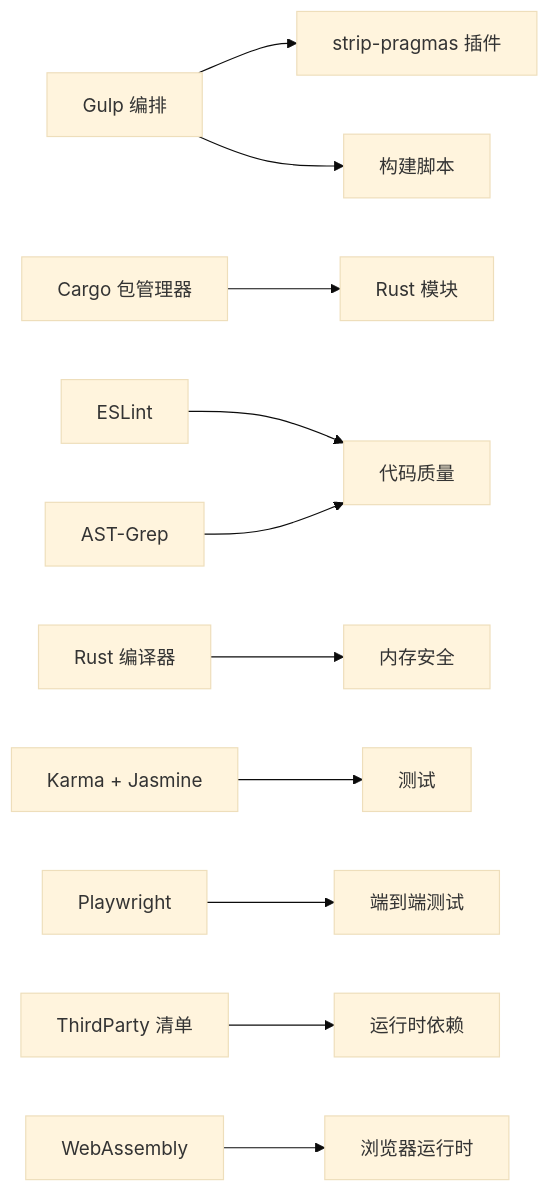
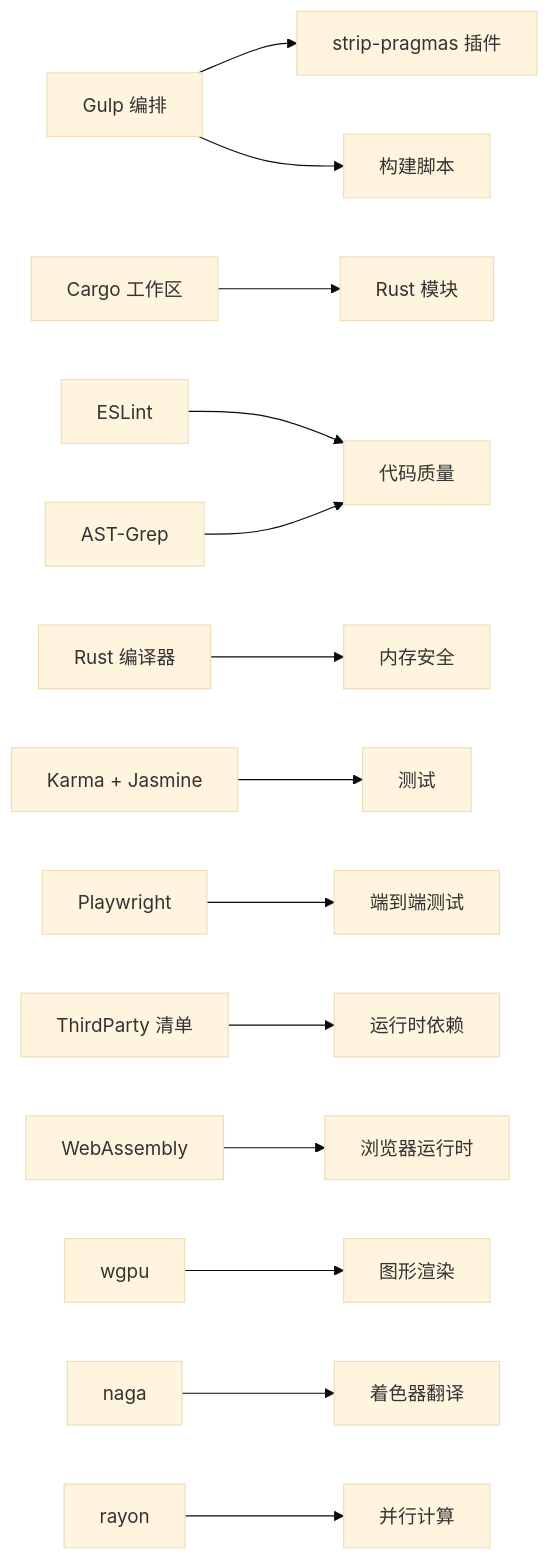
One commit to rzhangjing/cesium changed the tenth of 10 diagrams in .qoder/repowiki/zh/content/项目概述/技术栈.md. Above: the diagram before and after it, drawn with Mermaid (base theme). The commit also changed other lines of this file and 1321 other files, not shown here.

````diff
--- a/.qoder/repowiki/zh/content/项目概述/技术栈.md
+++ b/.qoder/repowiki/zh/content/项目概述/技术栈.md
@@ -577,13 +634,16 @@
 ```mermaid
 graph LR
 Gulp["Gulp 编排"] --> Strip["strip-pragmas 插件"]
 Gulp --> Scripts["构建脚本"]
-Cargo["Cargo 包管理器"] --> RustModules["Rust 模块"]
+Cargo["Cargo 工作区"] --> RustModules["Rust 模块"]
 ESLint["ESLint"] --> Quality["代码质量"]
 ASTGrep["AST-Grep"] --> Quality
 Rustc["Rust 编译器"] --> Safety["内存安全"]
 Karma["Karma + Jasmine"] --> Test["测试"]
 Playwright["Playwright"] --> E2E["端到端测试"]
 ThirdParty["ThirdParty 清单"] --> Runtime["运行时依赖"]
 WASM["WebAssembly"] --> BrowserRuntime["浏览器运行时"]
+WGPU["wgpu"] --> Graphics["图形渲染"]
+NAGA["naga"] --> ShaderTrans["着色器翻译"]
+RAYON["rayon"] --> Parallel["并行计算"]
 ```
````
